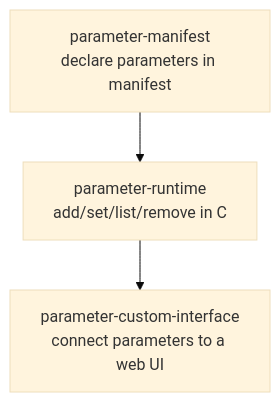
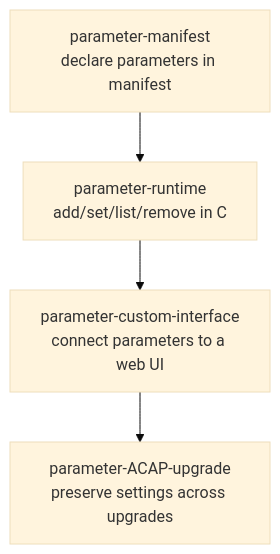
Before and after one commit to losamtz/axis-acap-tip-workshop-exercises: the first of 3 diagrams in parameter/README.md, drawn with Mermaid (base theme). The commit also changed other lines of this file and 8 other files, not shown here.

Commit message:
Add parameter upgrade persistence exercise

````diff
--- a/parameter/README.md
+++ b/parameter/README.md
@@ -11,5 +11,6 @@
 ```mermaid
 flowchart TD
     A[parameter-manifest<br/>declare parameters in manifest] --> B[parameter-runtime<br/>add/set/list/remove in C]
     B --> C[parameter-custom-interface<br/>connect parameters to a web UI]
+    C --> D[parameter-ACAP-upgrade<br/>preserve settings across upgrades]
 ```
````
